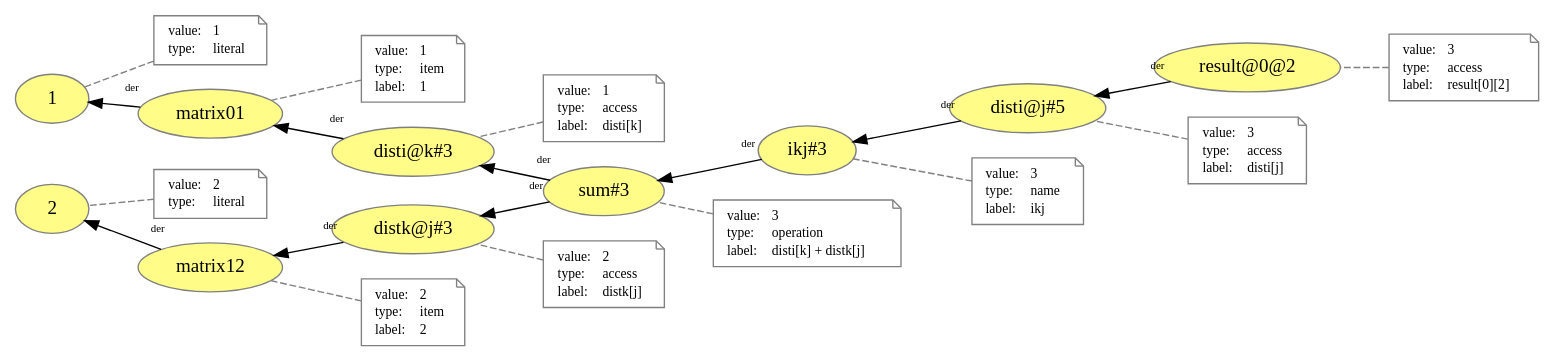
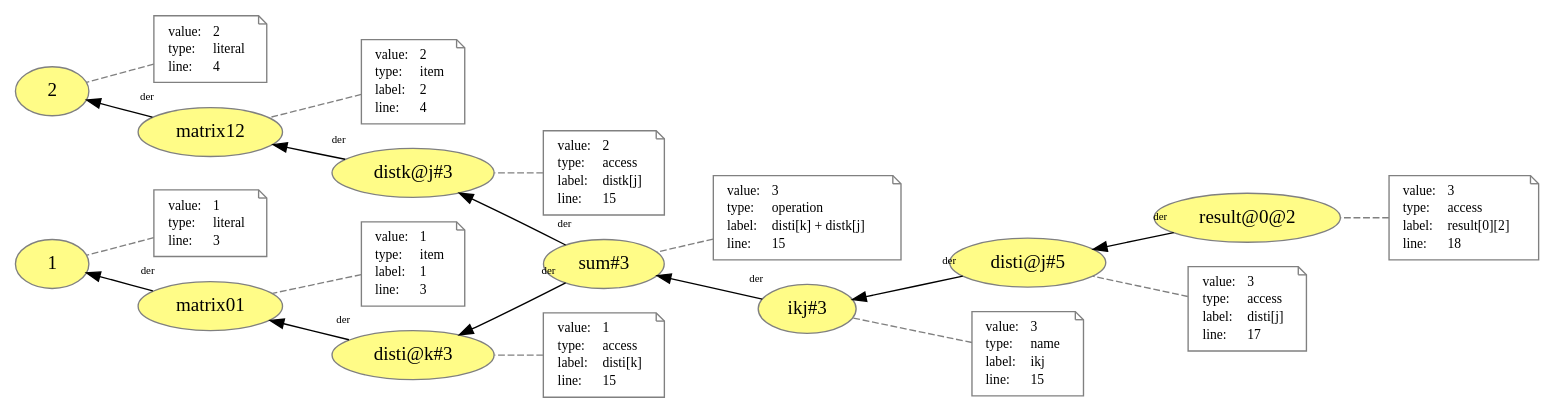
The diagram in generated/plain_prov/query.dot (dew-uff/versioned-prov), drawn with Graphviz before and after one commit. The commit also changed 2643 other files, not shown here.

```diff
--- a/generated/plain_prov/query.dot
+++ b/generated/plain_prov/query.dot
@@ -1,6 +1,69 @@
 digraph "PROV" { size="16,12"; rankdir="RL";
+"http://example.org/sum#3" [fillcolor="#FFFC87",color="#808080",style="filled",label="sum#3",URL="http://example.org/sum#3"]
+"-attrs0" [color="gray",shape="note",fontsize="10",fontcolor="black",label=<<TABLE cellpadding="0" border="0">
+	<TR>
+	    <TD align="left">value:</TD>
+	    <TD align="left">3</TD>
+	</TR>
+	<TR>
+	    <TD align="left">type:</TD>
+	    <TD align="left">operation</TD>
+	</TR>
+	<TR>
+	    <TD align="left">label:</TD>
+	    <TD align="left">disti[k] + distk[j]</TD>
+	</TR>
+	<TR>
+	    <TD align="left">line:</TD>
+	    <TD align="left">15</TD>
+	</TR>
+</TABLE>>]
+"-attrs0" -> "http://example.org/sum#3" [color="gray",style="dashed",arrowhead="none"]
+"http://example.org/result@0@2" -> "http://example.org/disti@j#5" [labelfontsize="8",labeldistance="1.5",labelangle="60.0",rotation="20",taillabel="der"]
+"http://example.org/ikj#3" [fillcolor="#FFFC87",color="#808080",style="filled",label="ikj#3",URL="http://example.org/ikj#3"]
+"-attrs1" [color="gray",shape="note",fontsize="10",fontcolor="black",label=<<TABLE cellpadding="0" border="0">
+	<TR>
+	    <TD align="left">value:</TD>
+	    <TD align="left">3</TD>
+	</TR>
+	<TR>
+	    <TD align="left">type:</TD>
+	    <TD align="left">name</TD>
+	</TR>
+	<TR>
+	    <TD align="left">label:</TD>
+	    <TD align="left">ikj</TD>
+	</TR>
+	<TR>
+	    <TD align="left">line:</TD>
+	    <TD align="left">15</TD>
+	</TR>
+</TABLE>>]
+"-attrs1" -> "http://example.org/ikj#3" [color="gray",style="dashed",arrowhead="none"]
+"http://example.org/distk@j#3" -> "http://example.org/matrix12" [labelfontsize="8",labeldistance="1.5",labelangle="60.0",rotation="20",taillabel="der"]
+"http://example.org/matrix12" [fillcolor="#FFFC87",color="#808080",style="filled",label="matrix12",URL="http://example.org/matrix12"]
+"-attrs2" [color="gray",shape="note",fontsize="10",fontcolor="black",label=<<TABLE cellpadding="0" border="0">
+	<TR>
+	    <TD align="left">value:</TD>
+	    <TD align="left">2</TD>
+	</TR>
+	<TR>
+	    <TD align="left">type:</TD>
+	    <TD align="left">item</TD>
+	</TR>
+	<TR>
+	    <TD align="left">label:</TD>
+	    <TD align="left">2</TD>
+	</TR>
+	<TR>
+	    <TD align="left">line:</TD>
+	    <TD align="left">4</TD>
+	</TR>
+</TABLE>>]
+"-attrs2" -> "http://example.org/matrix12" [color="gray",style="dashed",arrowhead="none"]
+"http://example.org/disti@k#3" -> "http://example.org/matrix01" [labelfontsize="8",labeldistance="1.5",labelangle="60.0",rotation="20",taillabel="der"]
 "http://example.org/matrix01" [fillcolor="#FFFC87",color="#808080",style="filled",label="matrix01",URL="http://example.org/matrix01"]
-"-attrs0" [color="gray",shape="note",fontsize="10",fontcolor="black",label=<<TABLE cellpadding="0" border="0">
+"-attrs3" [color="gray",shape="note",fontsize="10",fontcolor="black",label=<<TABLE cellpadding="0" border="0">
 	<TR>
 	    <TD align="left">value:</TD>
 	    <TD align="left">1</TD>
@@ -13,25 +76,14 @@
 	    <TD align="left">label:</TD>
 	    <TD align="left">1</TD>
 	</TR>
-</TABLE>>]
-"-attrs0" -> "http://example.org/matrix01" [color="gray",style="dashed",arrowhead="none"]
-"http://example.org/result@0@2" -> "http://example.org/disti@j#5" [labelfontsize="8",labeldistance="1.5",labelangle="60.0",rotation="20",taillabel="der"]
-"http://example.org/1" [fillcolor="#FFFC87",color="#808080",style="filled",label="1",URL="http://example.org/1"]
-"-attrs1" [color="gray",shape="note",fontsize="10",fontcolor="black",label=<<TABLE cellpadding="0" border="0">
 	<TR>
-	    <TD align="left">value:</TD>
-	    <TD align="left">1</TD>
-	</TR>
-	<TR>
-	    <TD align="left">type:</TD>
-	    <TD align="left">literal</TD>
+	    <TD align="left">line:</TD>
+	    <TD align="left">3</TD>
 	</TR>
 </TABLE>>]
-"-attrs1" -> "http://example.org/1" [color="gray",style="dashed",arrowhead="none"]
-"http://example.org/distk@j#3" -> "http://example.org/matrix12" [labelfontsize="8",labeldistance="1.5",labelangle="60.0",rotation="20",taillabel="der"]
-"http://example.org/ikj#3" -> "http://example.org/sum#3" [labelfontsize="8",labeldistance="1.5",labelangle="60.0",rotation="20",taillabel="der"]
+"-attrs3" -> "http://example.org/matrix01" [color="gray",style="dashed",arrowhead="none"]
 "http://example.org/disti@k#3" [fillcolor="#FFFC87",color="#808080",style="filled",label="disti@k#3",URL="http://example.org/disti@k#3"]
-"-attrs2" [color="gray",shape="note",fontsize="10",fontcolor="black",label=<<TABLE cellpadding="0" border="0">
+"-attrs4" [color="gray",shape="note",fontsize="10",fontcolor="black",label=<<TABLE cellpadding="0" border="0">
 	<TR>
 	    <TD align="left">value:</TD>
 	    <TD align="left">1</TD>
@@ -44,10 +96,31 @@
 	    <TD align="left">label:</TD>
 	    <TD align="left">disti[k]</TD>
 	</TR>
+	<TR>
+	    <TD align="left">line:</TD>
+	    <TD align="left">15</TD>
+	</TR>
 </TABLE>>]
-"-attrs2" -> "http://example.org/disti@k#3" [color="gray",style="dashed",arrowhead="none"]
+"-attrs4" -> "http://example.org/disti@k#3" [color="gray",style="dashed",arrowhead="none"]
+"http://example.org/ikj#3" -> "http://example.org/sum#3" [labelfontsize="8",labeldistance="1.5",labelangle="60.0",rotation="20",taillabel="der"]
+"http://example.org/1" [fillcolor="#FFFC87",color="#808080",style="filled",label="1",URL="http://example.org/1"]
+"-attrs5" [color="gray",shape="note",fontsize="10",fontcolor="black",label=<<TABLE cellpadding="0" border="0">
+	<TR>
+	    <TD align="left">value:</TD>
+	    <TD align="left">1</TD>
+	</TR>
+	<TR>
+	    <TD align="left">type:</TD>
+	    <TD align="left">literal</TD>
+	</TR>
+	<TR>
+	    <TD align="left">line:</TD>
+	    <TD align="left">3</TD>
+	</TR>
+</TABLE>>]
+"-attrs5" -> "http://example.org/1" [color="gray",style="dashed",arrowhead="none"]
 "http://example.org/disti@j#5" [fillcolor="#FFFC87",color="#808080",style="filled",label="disti@j#5",URL="http://example.org/disti@j#5"]
-"-attrs3" [color="gray",shape="note",fontsize="10",fontcolor="black",label=<<TABLE cellpadding="0" border="0">
+"-attrs6" [color="gray",shape="note",fontsize="10",fontcolor="black",label=<<TABLE cellpadding="0" border="0">
 	<TR>
 	    <TD align="left">value:</TD>
 	    <TD align="left">3</TD>
@@ -60,10 +133,14 @@
 	    <TD align="left">label:</TD>
 	    <TD align="left">disti[j]</TD>
 	</TR>
+	<TR>
+	    <TD align="left">line:</TD>
+	    <TD align="left">17</TD>
+	</TR>
 </TABLE>>]
-"-attrs3" -> "http://example.org/disti@j#5" [color="gray",style="dashed",arrowhead="none"]
+"-attrs6" -> "http://example.org/disti@j#5" [color="gray",style="dashed",arrowhead="none"]
 "http://example.org/result@0@2" [fillcolor="#FFFC87",color="#808080",style="filled",label="result@0@2",URL="http://example.org/result@0@2"]
-"-attrs4" [color="gray",shape="note",fontsize="10",fontcolor="black",label=<<TABLE cellpadding="0" border="0">
+"-attrs7" [color="gray",shape="note",fontsize="10",fontcolor="black",label=<<TABLE cellpadding="0" border="0">
 	<TR>
 	    <TD align="left">value:</TD>
 	    <TD align="left">3</TD>
@@ -76,12 +153,35 @@
 	    <TD align="left">label:</TD>
 	    <TD align="left">result[0][2]</TD>
 	</TR>
+	<TR>
+	    <TD align="left">line:</TD>
+	    <TD align="left">18</TD>
+	</TR>
 </TABLE>>]
-"-attrs4" -> "http://example.org/result@0@2" [color="gray",style="dashed",arrowhead="none"]
+"-attrs7" -> "http://example.org/result@0@2" [color="gray",style="dashed",arrowhead="none"]
+"http://example.org/2" [fillcolor="#FFFC87",color="#808080",style="filled",label="2",URL="http://example.org/2"]
+"-attrs8" [color="gray",shape="note",fontsize="10",fontcolor="black",label=<<TABLE cellpadding="0" border="0">
+	<TR>
+	    <TD align="left">value:</TD>
+	    <TD align="left">2</TD>
+	</TR>
+	<TR>
+	    <TD align="left">type:</TD>
+	    <TD align="left">literal</TD>
+	</TR>
+	<TR>
+	    <TD align="left">line:</TD>
+	    <TD align="left">4</TD>
+	</TR>
+</TABLE>>]
+"-attrs8" -> "http://example.org/2" [color="gray",style="dashed",arrowhead="none"]
+"http://example.org/matrix12" -> "http://example.org/2" [labelfontsize="8",labeldistance="1.5",labelangle="60.0",rotation="20",taillabel="der"]
 "http://example.org/disti@j#5" -> "http://example.org/ikj#3" [labelfontsize="8",labeldistance="1.5",labelangle="60.0",rotation="20",taillabel="der"]
+"http://example.org/sum#3" -> "http://example.org/disti@k#3" [labelfontsize="8",labeldistance="1.5",labelangle="60.0",rotation="20",taillabel="der"]
+"http://example.org/matrix01" -> "http://example.org/1" [labelfontsize="8",labeldistance="1.5",labelangle="60.0",rotation="20",taillabel="der"]
 "http://example.org/sum#3" -> "http://example.org/distk@j#3" [labelfontsize="8",labeldistance="1.5",labelangle="60.0",rotation="20",taillabel="der"]
 "http://example.org/distk@j#3" [fillcolor="#FFFC87",color="#808080",style="filled",label="distk@j#3",URL="http://example.org/distk@j#3"]
-"-attrs5" [color="gray",shape="note",fontsize="10",fontcolor="black",label=<<TABLE cellpadding="0" border="0">
+"-attrs9" [color="gray",shape="note",fontsize="10",fontcolor="black",label=<<TABLE cellpadding="0" border="0">
 	<TR>
 	    <TD align="left">value:</TD>
 	    <TD align="left">2</TD>
@@ -94,70 +194,10 @@
 	    <TD align="left">label:</TD>
 	    <TD align="left">distk[j]</TD>
 	</TR>
-</TABLE>>]
-"-attrs5" -> "http://example.org/distk@j#3" [color="gray",style="dashed",arrowhead="none"]
-"http://example.org/matrix12" [fillcolor="#FFFC87",color="#808080",style="filled",label="matrix12",URL="http://example.org/matrix12"]
-"-attrs6" [color="gray",shape="note",fontsize="10",fontcolor="black",label=<<TABLE cellpadding="0" border="0">
 	<TR>
-	    <TD align="left">value:</TD>
-	    <TD align="left">2</TD>
-	</TR>
-	<TR>
-	    <TD align="left">type:</TD>
-	    <TD align="left">item</TD>
-	</TR>
-	<TR>
-	    <TD align="left">label:</TD>
-	    <TD align="left">2</TD>
+	    <TD align="left">line:</TD>
+	    <TD align="left">15</TD>
 	</TR>
 </TABLE>>]
-"-attrs6" -> "http://example.org/matrix12" [color="gray",style="dashed",arrowhead="none"]
-"http://example.org/2" [fillcolor="#FFFC87",color="#808080",style="filled",label="2",URL="http://example.org/2"]
-"-attrs7" [color="gray",shape="note",fontsize="10",fontcolor="black",label=<<TABLE cellpadding="0" border="0">
-	<TR>
-	    <TD align="left">value:</TD>
-	    <TD align="left">2</TD>
-	</TR>
-	<TR>
-	    <TD align="left">type:</TD>
-	    <TD align="left">literal</TD>
-	</TR>
-</TABLE>>]
-"-attrs7" -> "http://example.org/2" [color="gray",style="dashed",arrowhead="none"]
-"http://example.org/ikj#3" [fillcolor="#FFFC87",color="#808080",style="filled",label="ikj#3",URL="http://example.org/ikj#3"]
-"-attrs8" [color="gray",shape="note",fontsize="10",fontcolor="black",label=<<TABLE cellpadding="0" border="0">
-	<TR>
-	    <TD align="left">value:</TD>
-	    <TD align="left">3</TD>
-	</TR>
-	<TR>
-	    <TD align="left">type:</TD>
-	    <TD align="left">name</TD>
-	</TR>
-	<TR>
-	    <TD align="left">label:</TD>
-	    <TD align="left">ikj</TD>
-	</TR>
-</TABLE>>]
-"-attrs8" -> "http://example.org/ikj#3" [color="gray",style="dashed",arrowhead="none"]
-"http://example.org/sum#3" -> "http://example.org/disti@k#3" [labelfontsize="8",labeldistance="1.5",labelangle="60.0",rotation="20",taillabel="der"]
-"http://example.org/matrix01" -> "http://example.org/1" [labelfontsize="8",labeldistance="1.5",labelangle="60.0",rotation="20",taillabel="der"]
-"http://example.org/disti@k#3" -> "http://example.org/matrix01" [labelfontsize="8",labeldistance="1.5",labelangle="60.0",rotation="20",taillabel="der"]
-"http://example.org/matrix12" -> "http://example.org/2" [labelfontsize="8",labeldistance="1.5",labelangle="60.0",rotation="20",taillabel="der"]
-"http://example.org/sum#3" [fillcolor="#FFFC87",color="#808080",style="filled",label="sum#3",URL="http://example.org/sum#3"]
-"-attrs9" [color="gray",shape="note",fontsize="10",fontcolor="black",label=<<TABLE cellpadding="0" border="0">
-	<TR>
-	    <TD align="left">value:</TD>
-	    <TD align="left">3</TD>
-	</TR>
-	<TR>
-	    <TD align="left">type:</TD>
-	    <TD align="left">operation</TD>
-	</TR>
-	<TR>
-	    <TD align="left">label:</TD>
-	    <TD align="left">disti[k] + distk[j]</TD>
-	</TR>
-</TABLE>>]
-"-attrs9" -> "http://example.org/sum#3" [color="gray",style="dashed",arrowhead="none"]
+"-attrs9" -> "http://example.org/distk@j#3" [color="gray",style="dashed",arrowhead="none"]
 }
```
